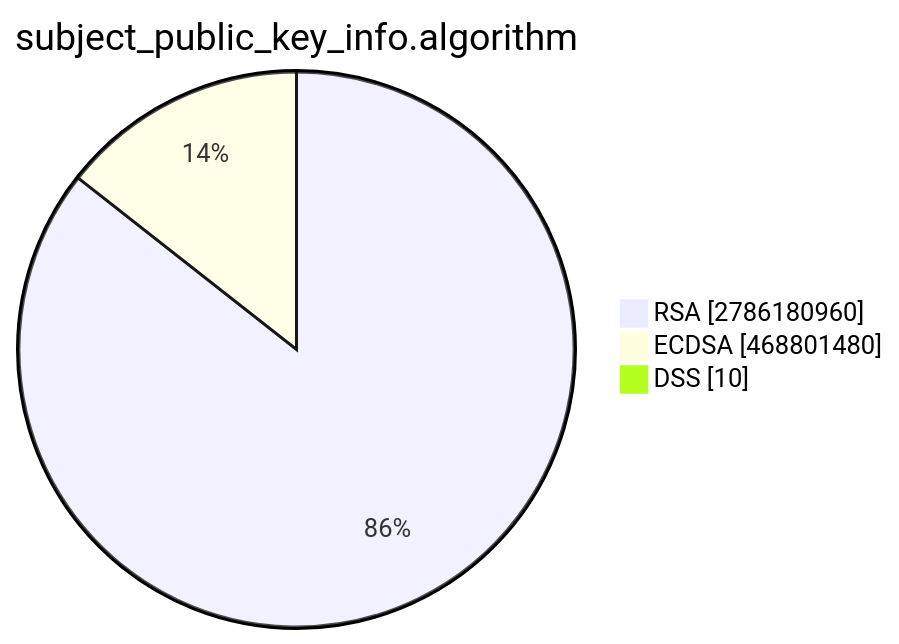
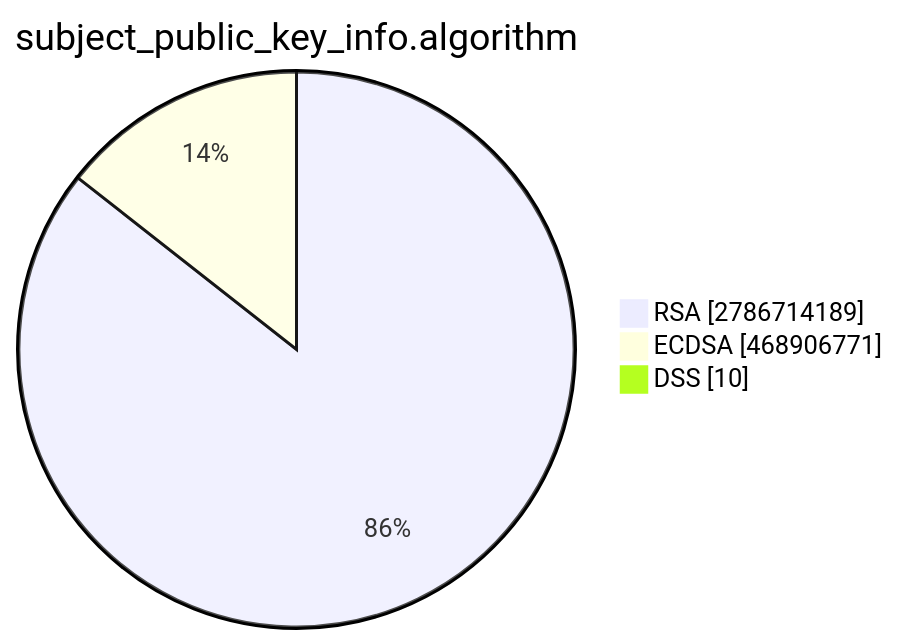
The second of 15 diagrams in TOTAL/README.md (christiankrug/ctmonitor_visualization), drawn with Mermaid before and after one commit. The commit also changed other lines of this file, not shown here.

````diff
--- a/TOTAL/README.md
+++ b/TOTAL/README.md
@@ -6,7 +6,7 @@
 ```mermaid
 pie showData
 title subject_public_key_info.algorithm
-"RSA" :2786180960
-"ECDSA" :468801480
+"RSA" :2786714189
+"ECDSA" :468906771
 "DSS" :10
 ```
````
